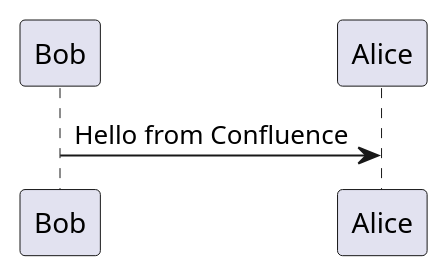
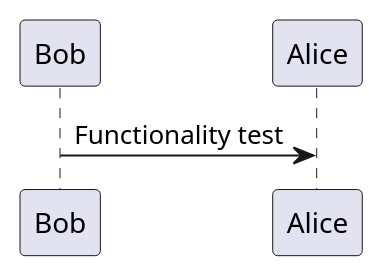
Before and after one commit to kbxtremethoughts/plantuml-test: the diagram in test.puml, drawn with PlantUML.

Commit message:
functionality test

```diff
--- a/test.puml
+++ b/test.puml
@@ -1,3 +1,3 @@
 @startuml
-Bob -> Alice: Hello from Confluence
+Bob -> Alice: Functionality test
 @enduml
```
